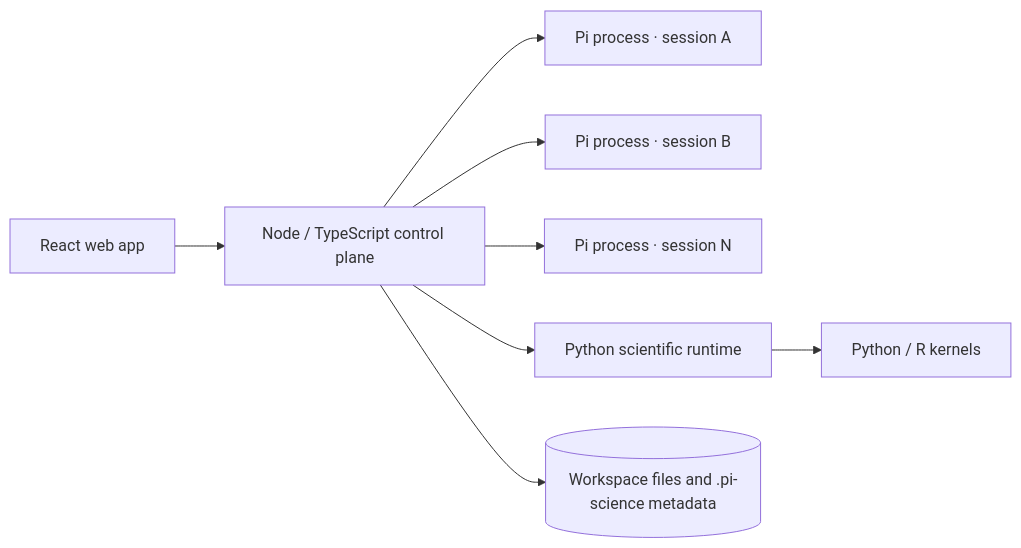
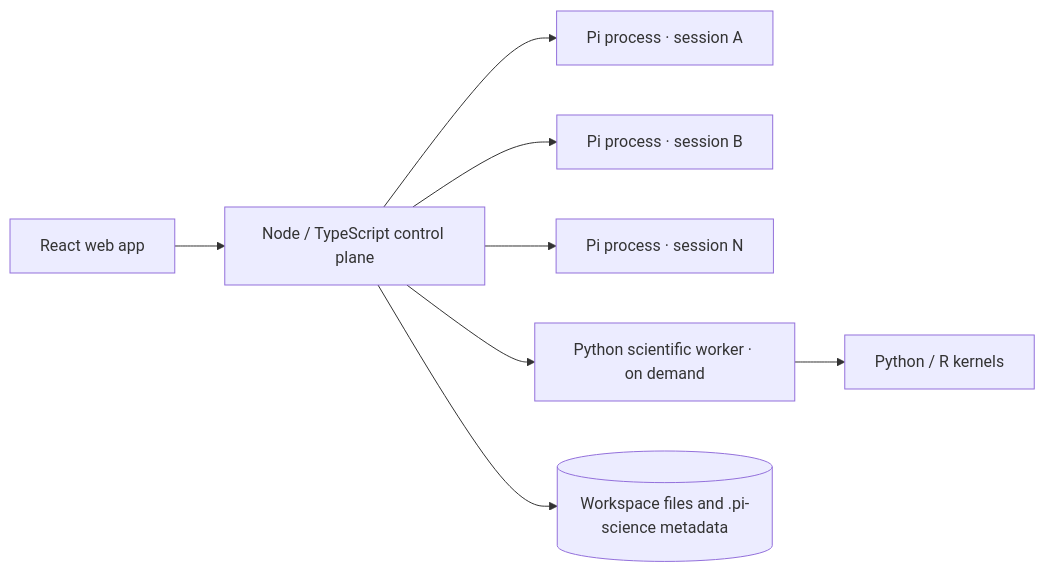
One commit to Garhorne0813/pi-science changed the diagram in README.md. Above: the diagram before and after it, drawn with Mermaid. The commit also changed other lines of this file and 65 other files, not shown here.

````diff
--- a/README.md
+++ b/README.md
@@ -102,10 +102,10 @@
 ```mermaid
 flowchart LR
     UI[React web app] --> CP[Node / TypeScript control plane]
     CP --> P1[Pi process · session A]
     CP --> P2[Pi process · session B]
     CP --> PN[Pi process · session N]
-    CP --> PY[Python scientific runtime]
+    CP --> PY[Python scientific worker · on demand]
     PY --> K[Python / R kernels]
     CP --> WS[(Workspace files and .pi-science metadata)]
 ```
````
